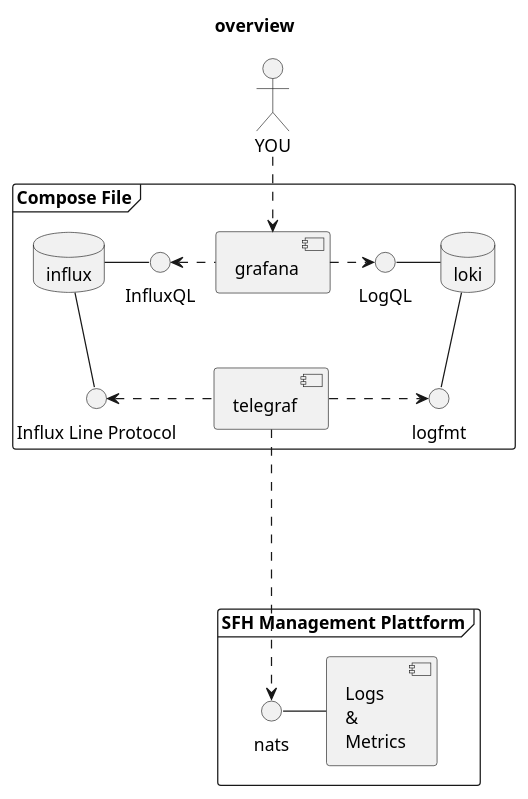
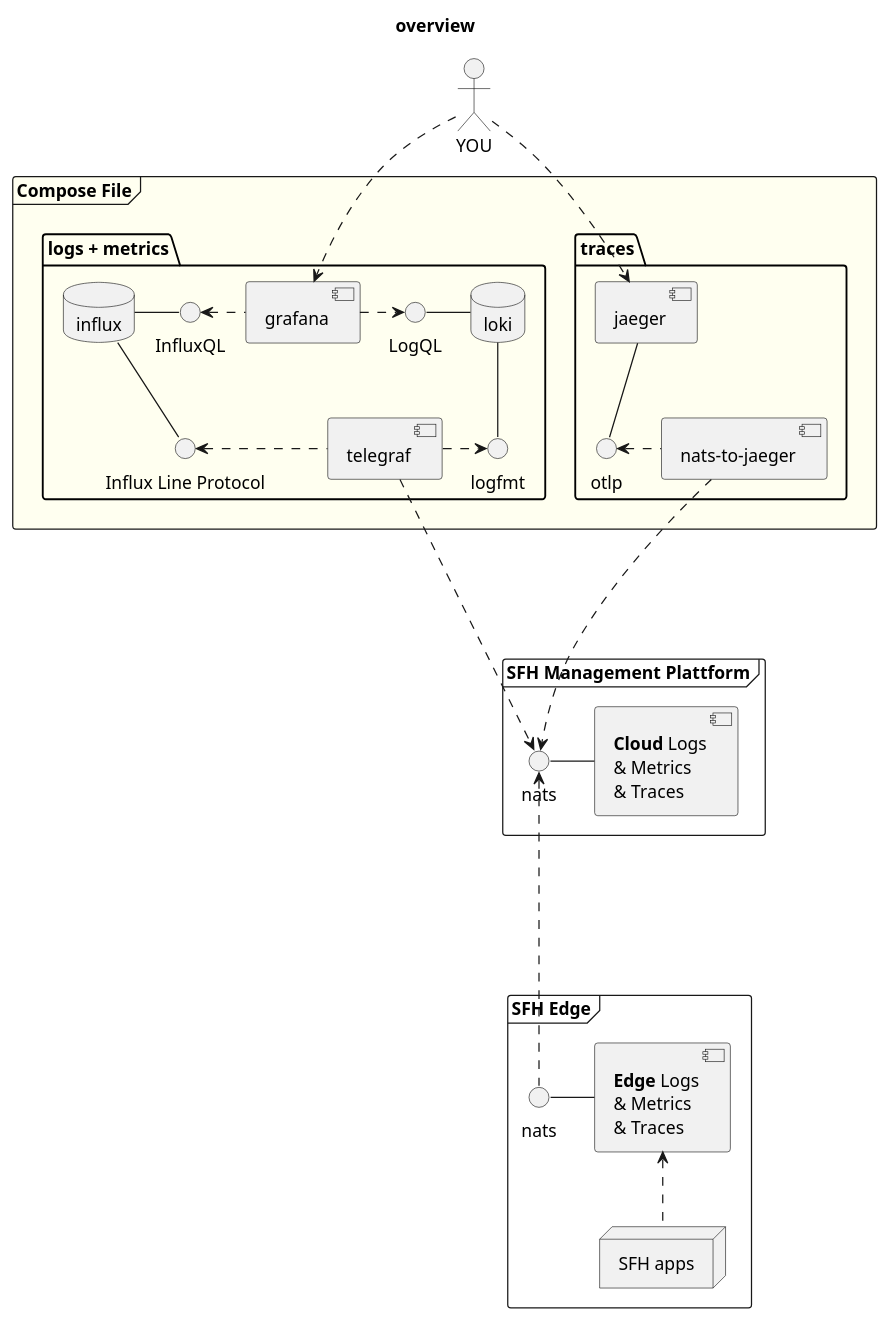
The diagram in images/overview.puml (Smart-Factory-Host/logs-and-metrics-example), drawn with PlantUML before and after one commit. The commit also changed 6 other files, not shown here.

Commit message:
added OTLP traces example

```diff
--- a/images/overview.puml
+++ b/images/overview.puml
@@ -1,35 +1,58 @@
 @startuml overview
 title "overview"
 
-frame "SFH Management Plattform" {
-    component "Logs\n&\nMetrics" as nats
-    interface "nats" as mpnats
-    nats -l- mpnats
+frame "SFH Edge" {
+    component "**Edge** Logs\n& Metrics\n& Traces" as edgelmt
+    interface "nats" as edgenats
+    edgelmt -l- edgenats
+
+    node "SFH apps" as apps
+    edgelmt <.. apps
 }
 
-frame "Compose File" {
-    component "telegraf" as telegraf
-    telegraf ....> mpnats
+frame "SFH Management Plattform" {
+    component "**Cloud** Logs\n& Metrics\n& Traces" as lmt
+    interface "nats" as mpnats
+    lmt -l- mpnats
+}
+mpnats <.... edgenats
 
-    database loki
-    interface logfmt as logfmt
-    loki -- logfmt
-    telegraf .> logfmt
-    interface "LogQL" as logql
-    logql - loki
+frame "Compose File" #Ivory  {
+    package "logs + metrics" {
+        component "telegraf" as telegraf
+        telegraf ....> mpnats
 
-    database influx as oinflux
-    interface "Influx Line Protocol" as ilp
-    oinflux -- ilp
-    ilp <. telegraf
-    interface "InfluxQL" as iql
-    oinflux - iql
+        database loki
+        interface logfmt as logfmt
+        loki -- logfmt
+        telegraf .> logfmt
+        interface "LogQL" as logql
+        logql - loki
 
-    component grafana
-    iql <. grafana
-    grafana .> logql
+        database influx as oinflux
+        interface "Influx Line Protocol" as ilp
+        oinflux -- ilp
+        ilp <. telegraf
+        interface "InfluxQL" as iql
+        oinflux - iql
+
+        component grafana
+        iql <. grafana
+        grafana .> logql
+    }
+
+    package traces {
+        component "nats-to-jaeger" as ntj
+        ntj ....> mpnats
+
+        component jaeger
+        interface "otlp" as itraces
+        jaeger -- itraces
+        itraces <. ntj
+    }
 }
 
 actor "YOU" as user
-user ..>grafana
+user ..> grafana
+user ..> jaeger
 @enduml
```
